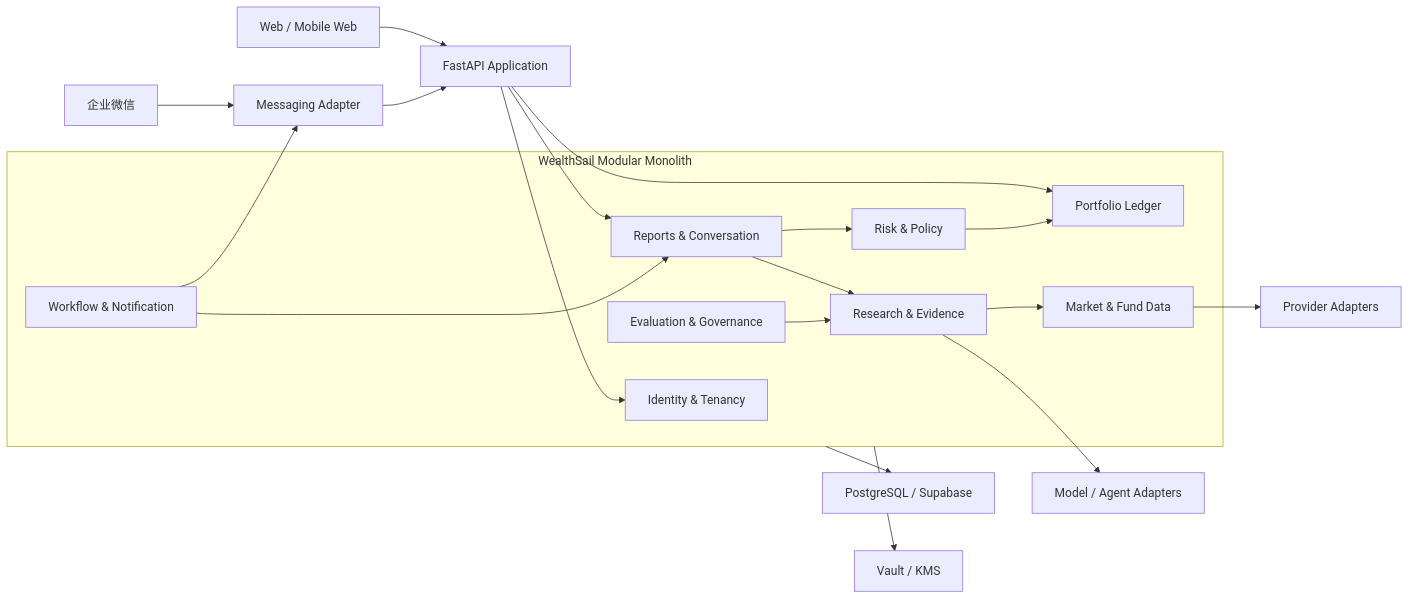
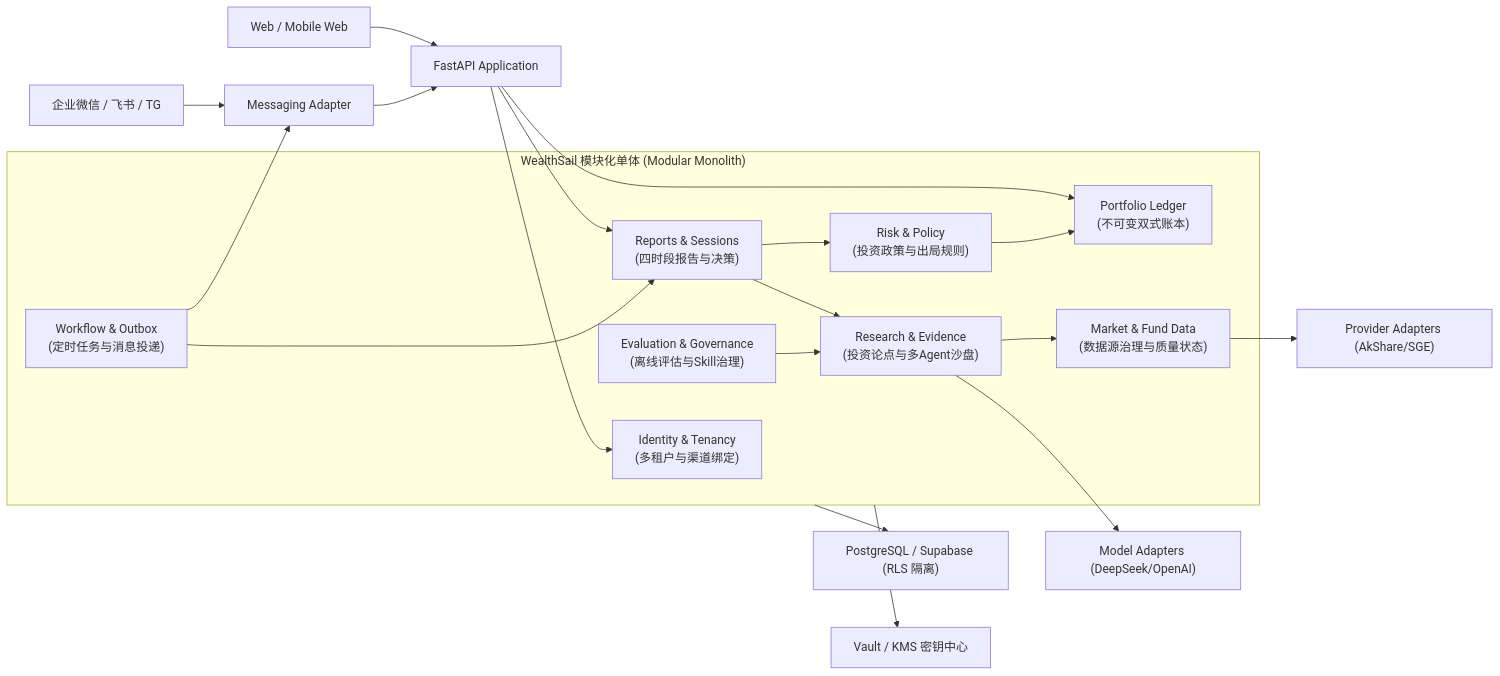
Before and after one commit to sinojelly/wealthsail: the second of 3 diagrams in docs/02.WealthSail投研平台全栈技术选型与架构评估.md, drawn with Mermaid. The commit also changed other lines of this file and 3 other files, not shown here.

````diff
--- a/docs/02.WealthSail投研平台全栈技术选型与架构评估.md
+++ b/docs/02.WealthSail投研平台全栈技术选型与架构评估.md
@@ -50,33 +173,33 @@
 ```mermaid
 flowchart LR
     Web["Web / Mobile Web"] --> API["FastAPI Application"]
-    WeCom["企业微信"] --> Channel["Messaging Adapter"]
+    WeCom["企业微信 / 飞书 / TG"] --> Channel["Messaging Adapter"]
     Channel --> API
 
-    subgraph Core["WealthSail Modular Monolith"]
-        Identity["Identity & Tenancy"]
-        Ledger["Portfolio Ledger"]
-        Data["Market & Fund Data"]
-        Research["Research & Evidence"]
-        Risk["Risk & Policy"]
-        Reports["Reports & Conversation"]
-        Workflow["Workflow & Notification"]
-        Eval["Evaluation & Governance"]
+    subgraph Core["WealthSail 模块化单体 (Modular Monolith)"]
+        Identity["Identity & Tenancy<br>(多租户与渠道绑定)"]
+        Ledger["Portfolio Ledger<br>(不可变双式账本)"]
+        Data["Market & Fund Data<br>(数据源治理与质量状态)"]
+        Research["Research & Evidence<br>(投资论点与多Agent沙盘)"]
+        Risk["Risk & Policy<br>(投资政策与出局规则)"]
+        Reports["Reports & Sessions<br>(四时段报告与决策)"]
+        Workflow["Workflow & Outbox<br>(定时任务与消息投递)"]
+        Eval["Evaluation & Governance<br>(离线评估与Skill治理)"]
     end
 
     API --> Identity
     API --> Ledger
     API --> Reports
     Reports --> Research
     Reports --> Risk
     Research --> Data
     Risk --> Ledger
     Workflow --> Reports
     Eval --> Research
 
-    Data --> Providers["Provider Adapters"]
-    Research --> Models["Model / Agent Adapters"]
+    Data --> Providers["Provider Adapters (AkShare/SGE)"]
+    Research --> Models["Model Adapters (DeepSeek/OpenAI)"]
     Workflow --> Channel
-    Core --> DB["PostgreSQL / Supabase"]
-    Core --> Vault["Vault / KMS"]
+    Core --> DB["PostgreSQL / Supabase (RLS 隔离)"]
+    Core --> Vault["Vault / KMS 密钥中心"]
 ```
````
